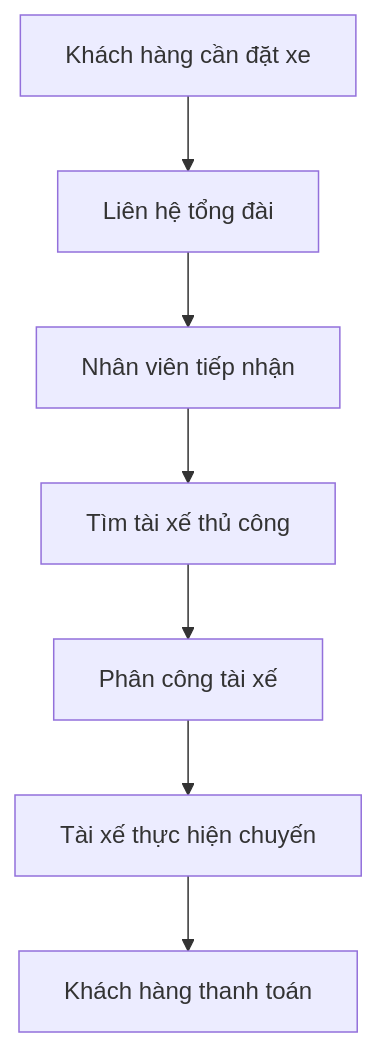
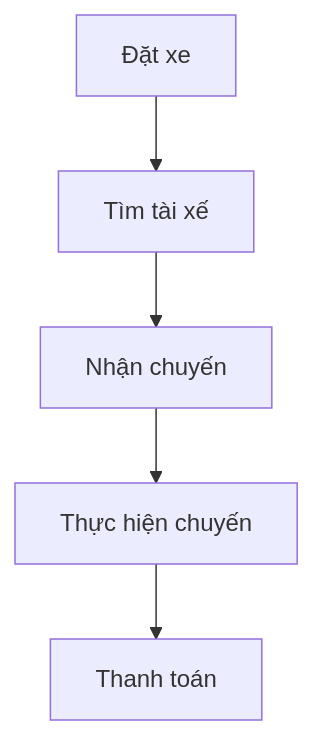
Before and after one commit to diemme17131110-spec/23638831_BuiThiDiemMy_cabsystem: the fifth of 7 diagrams in README_CAB_System_Professional.md, drawn with Mermaid. The commit also changed other lines of this file, not shown here.

````diff
--- a/README_CAB_System_Professional.md
+++ b/README_CAB_System_Professional.md
@@ -172,17 +240,13 @@
 ```mermaid
 flowchart TD
-    A[Khách hàng cần đặt xe]
-    B[Liên hệ tổng đài]
-    C[Nhân viên tiếp nhận]
-    D[Tìm tài xế thủ công]
-    E[Phân công tài xế]
-    F[Tài xế thực hiện chuyến]
-    G[Khách hàng thanh toán]
+    A[Đặt xe]
+    B[Tìm tài xế]
+    C[Nhận chuyến]
+    D[Thực hiện chuyến]
+    E[Thanh toán]
 
     A --> B
     B --> C
     C --> D
     D --> E
-    E --> F
-    F --> G
 ```
````
